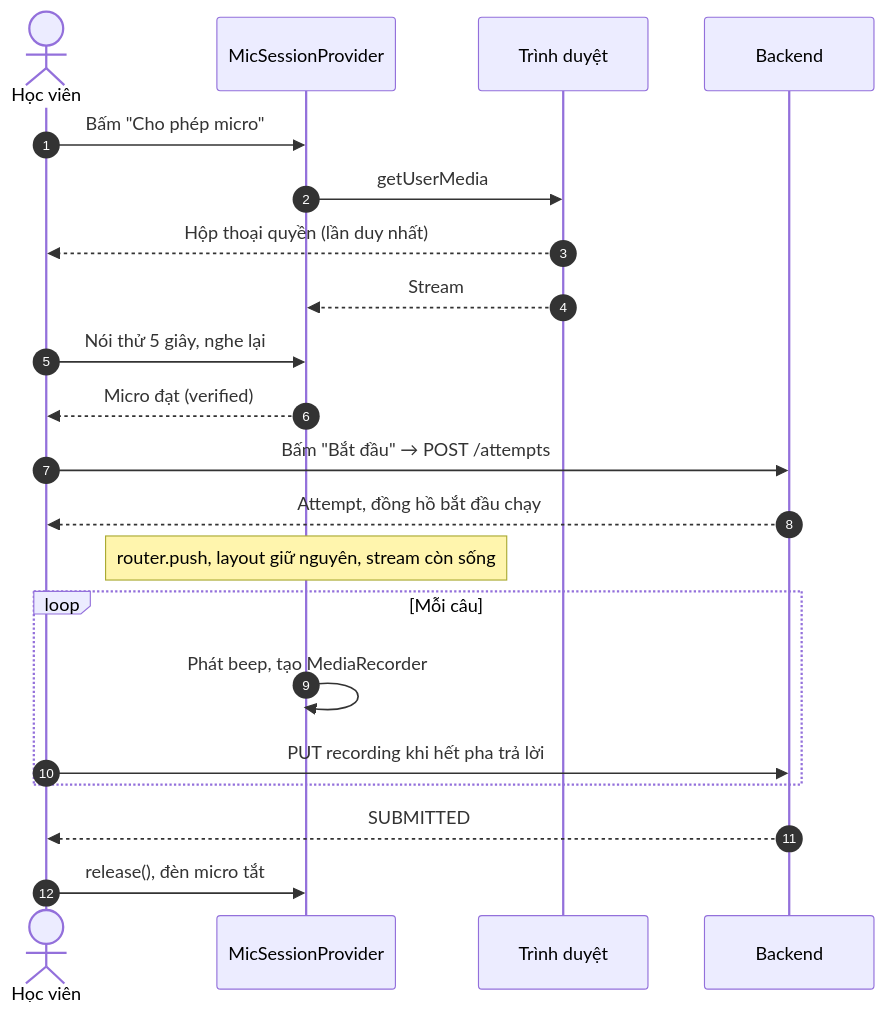
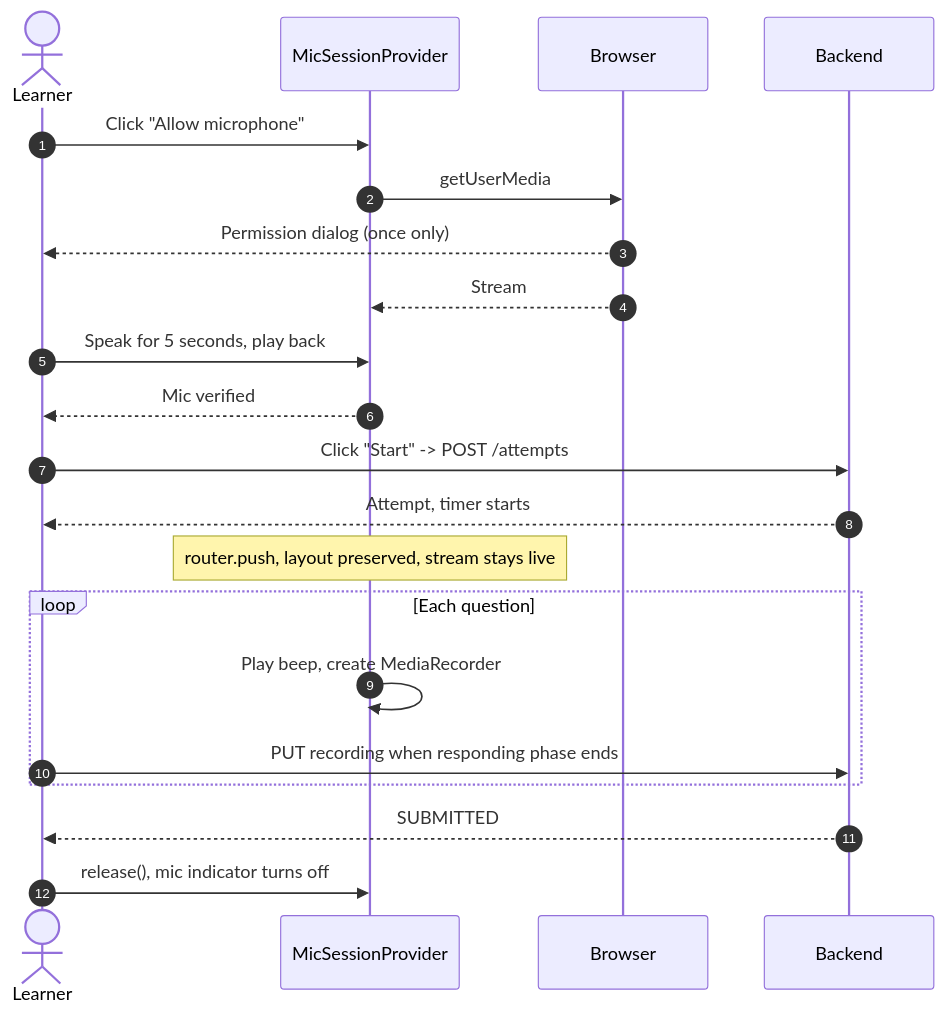
Before and after one commit to karasuma-2401/TOEICMaster-BE: the diagram in docs/decisions/003-speaking-microphone-session.md, drawn with Mermaid. The commit also changed other lines of this file and 168 other files, not shown here.

````diff
--- a/docs/decisions/003-speaking-microphone-session.md
+++ b/docs/decisions/003-speaking-microphone-session.md
@@ -88,24 +98,24 @@
 ```mermaid
 sequenceDiagram
     autonumber
-    actor L as Học viên
+    actor L as Learner
     participant P as MicSessionProvider
-    participant B as Trình duyệt
+    participant B as Browser
     participant API as Backend
 
-    L->>P: Bấm "Cho phép micro"
+    L->>P: Click "Allow microphone"
     P->>B: getUserMedia
-    B-->>L: Hộp thoại quyền (lần duy nhất)
+    B-->>L: Permission dialog (once only)
     B-->>P: Stream
-    L->>P: Nói thử 5 giây, nghe lại
-    P-->>L: Micro đạt (verified)
-    L->>API: Bấm "Bắt đầu" → POST /attempts
-    API-->>L: Attempt, đồng hồ bắt đầu chạy
-    Note over P: router.push, layout giữ nguyên, stream còn sống
-    loop Mỗi câu
-        P->>P: Phát beep, tạo MediaRecorder
-        L->>API: PUT recording khi hết pha trả lời
+    L->>P: Speak for 5 seconds, play back
+    P-->>L: Mic verified
+    L->>API: Click "Start" -> POST /attempts
+    API-->>L: Attempt, timer starts
+    Note over P: router.push, layout preserved, stream stays live
+    loop Each question
+        P->>P: Play beep, create MediaRecorder
+        L->>API: PUT recording when responding phase ends
     end
     API-->>L: SUBMITTED
-    L->>P: release(), đèn micro tắt
+    L->>P: release(), mic indicator turns off
 ```
````
